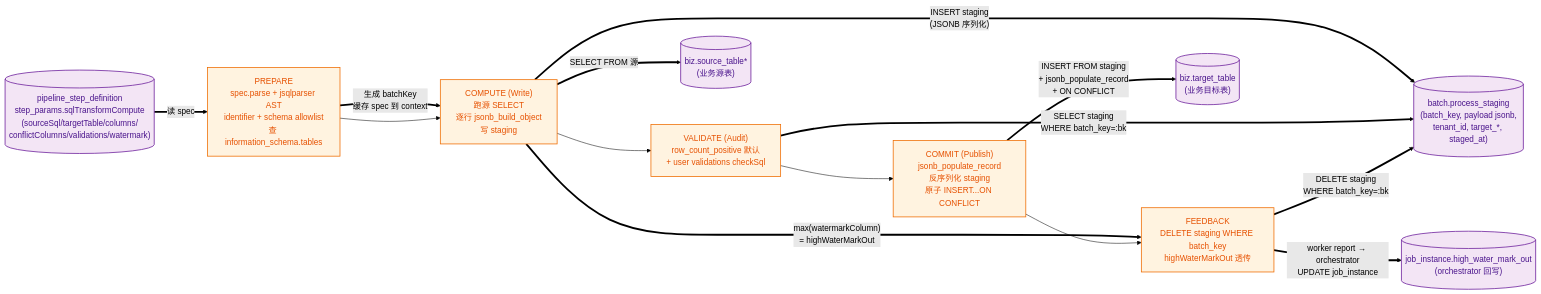
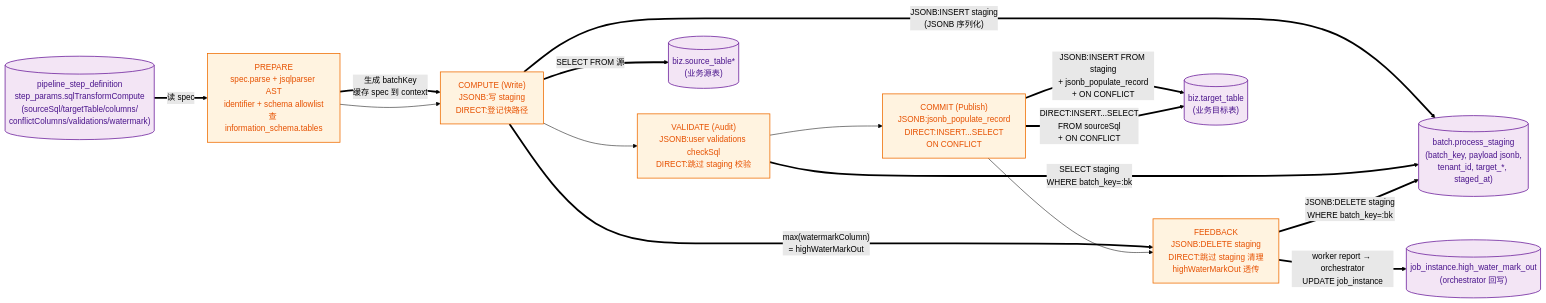
Before and after one commit to pinpols/file-batch-system: diagram 20 of 20 in docs/architecture/system-flow-overview.md, drawn with Mermaid (forest theme). The commit also changed other lines of this file and 25 other files, not shown here.

````diff
--- a/docs/architecture/system-flow-overview.md
+++ b/docs/architecture/system-flow-overview.md
@@ -1322,28 +1322,29 @@
 ```mermaid
 flowchart LR
   CFG[("pipeline_step_definition<br/>step_params.sqlTransformCompute<br/>(sourceSql/targetTable/columns/<br/>conflictColumns/validations/watermark)")]:::store
   PR[PREPARE<br/>spec.parse + jsqlparser AST<br/>identifier + schema allowlist<br/>查 information_schema.tables]:::stage
-  CO["COMPUTE (Write)<br/>跑源 SELECT<br/>逐行 jsonb_build_object<br/>写 staging"]:::stage
-  VL["VALIDATE (Audit)<br/>row_count_positive 默认<br/>+ user validations checkSql"]:::stage
-  CM["COMMIT (Publish)<br/>jsonb_populate_record<br/>反序列化 staging<br/>原子 INSERT...ON CONFLICT"]:::stage
-  FB[FEEDBACK<br/>DELETE staging WHERE batch_key<br/>highWaterMarkOut 透传]:::stage
+  CO["COMPUTE (Write)<br/>JSONB:写 staging<br/>DIRECT:登记快路径"]:::stage
+  VL["VALIDATE (Audit)<br/>JSONB:user validations checkSql<br/>DIRECT:跳过 staging 校验"]:::stage
+  CM["COMMIT (Publish)<br/>JSONB:jsonb_populate_record<br/>DIRECT:INSERT...SELECT<br/>ON CONFLICT"]:::stage
+  FB[FEEDBACK<br/>JSONB:DELETE staging<br/>DIRECT:跳过 staging 清理<br/>highWaterMarkOut 透传]:::stage
   STG[("batch.process_staging<br/>(batch_key, payload jsonb,<br/>tenant_id, target_*, staged_at)")]:::store
   TGT[("biz.target_table<br/>(业务目标表)")]:::store
   JI[("job_instance.high_water_mark_out<br/>(orchestrator 回写)")]:::store
   SRC[("biz.source_table*<br/>(业务源表)")]:::store
 
   CFG ==>|"读 spec"| PR
   PR ==>|"生成 batchKey<br/>缓存 spec 到 context"| CO
   CO ==>|"SELECT FROM 源"| SRC
-  CO ==>|"INSERT staging<br/>(JSONB 序列化)"| STG
+  CO ==>|"JSONB:INSERT staging<br/>(JSONB 序列化)"| STG
   CO ==>|"max(watermarkColumn)<br/>= highWaterMarkOut"| FB
   VL ==>|"SELECT staging<br/>WHERE batch_key=:bk"| STG
-  CM ==>|"INSERT FROM staging<br/>+ jsonb_populate_record<br/>+ ON CONFLICT"| TGT
-  FB ==>|"DELETE staging<br/>WHERE batch_key=:bk"| STG
+  CM ==>|"JSONB:INSERT FROM staging<br/>+ jsonb_populate_record<br/>+ ON CONFLICT"| TGT
+  CM ==>|"DIRECT:INSERT...SELECT<br/>FROM sourceSql<br/>+ ON CONFLICT"| TGT
+  FB ==>|"JSONB:DELETE staging<br/>WHERE batch_key=:bk"| STG
   FB ==>|"worker report → orchestrator<br/>UPDATE job_instance"| JI
 
   PR --> CO --> VL --> CM --> FB
 
   classDef stage  fill:#fff3e0,stroke:#ef6c00,stroke-width:1.5px,color:#e65100;
   classDef store  fill:#f3e5f5,stroke:#6a1b9a,stroke-width:1.5px,color:#4a148c;
 ```
````
